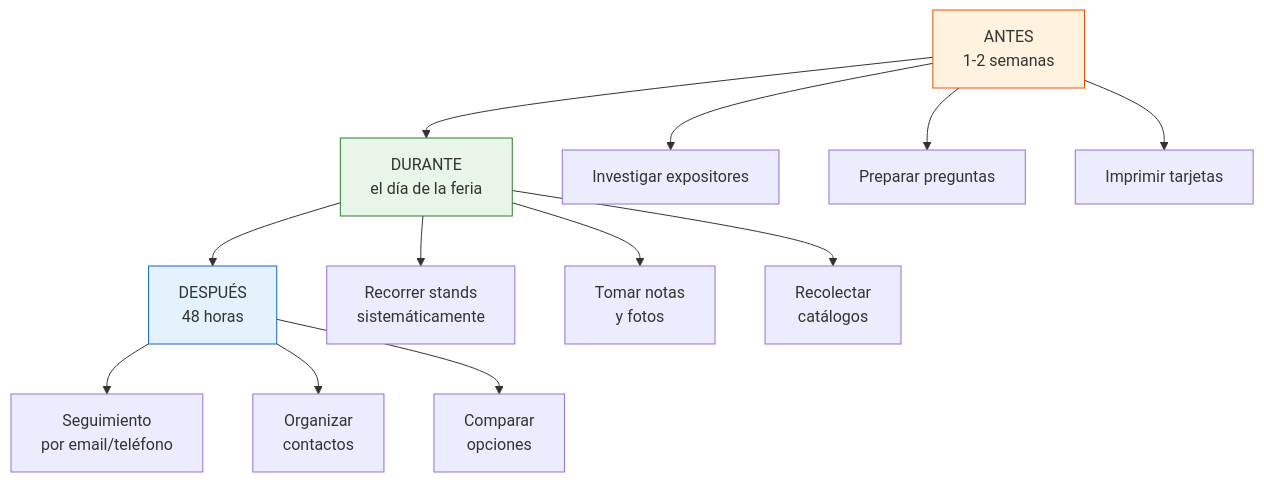
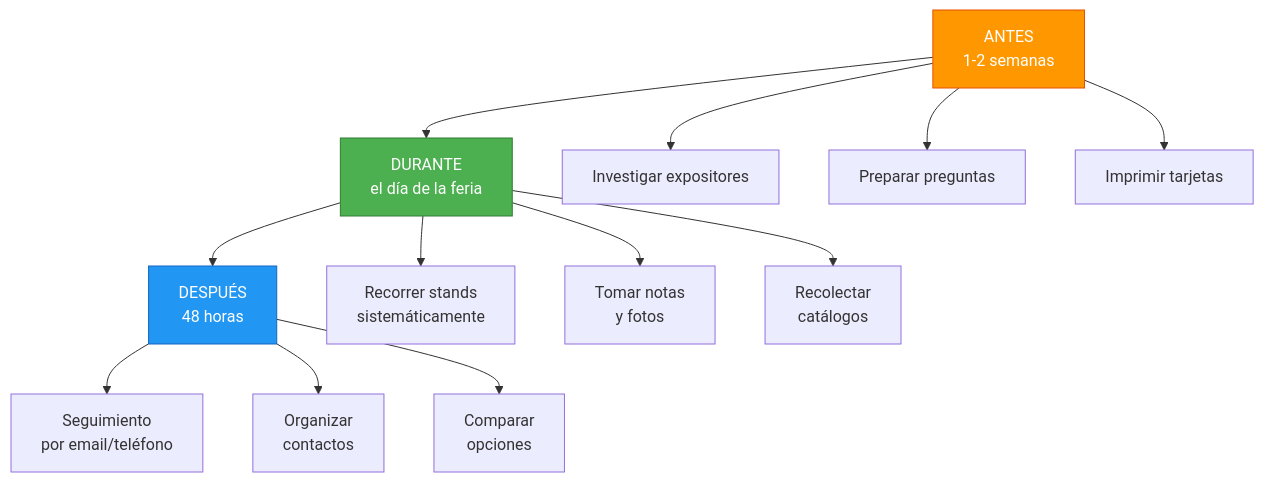
One commit to barrosignacioezequiel-coder/docs changed the diagram in app/paso1-argentina/encontrar-fabricas/como-aprovechar-feria.mdx. Above: the diagram before and after it, drawn with Mermaid. The commit also changed 66 other files, not shown here.

First line of the commit message:
fix: resolve Mermaid v11 numbered list errors + improve contrast

````diff
--- a/app/paso1-argentina/encontrar-fabricas/como-aprovechar-feria.mdx
+++ b/app/paso1-argentina/encontrar-fabricas/como-aprovechar-feria.mdx
@@ -13,21 +13,21 @@
 ```mermaid
 graph TD
     A["ANTES<br/>1-2 semanas"] --> B["DURANTE<br/>el día de la feria"]
     B --> C["DESPUÉS<br/>48 horas"]
 
     A --> A1["Investigar expositores"]
     A --> A2["Preparar preguntas"]
     A --> A3["Imprimir tarjetas"]
 
     B --> B1["Recorrer stands<br/>sistemáticamente"]
     B --> B2["Tomar notas<br/>y fotos"]
     B --> B3["Recolectar<br/>catálogos"]
 
     C --> C1["Seguimiento<br/>por email/teléfono"]
     C --> C2["Organizar<br/>contactos"]
     C --> C3["Comparar<br/>opciones"]
 
-    style A fill:#fff3e0,stroke:#e65100
-    style B fill:#e8f5e9,stroke:#2e7d32
-    style C fill:#e3f2fd,stroke:#1565c0
+    style A fill:#ff9800,stroke:#e65100,color:#fff
+    style B fill:#4caf50,stroke:#2e7d32,color:#fff
+    style C fill:#2196f3,stroke:#1565c0,color:#fff
 ```
````
